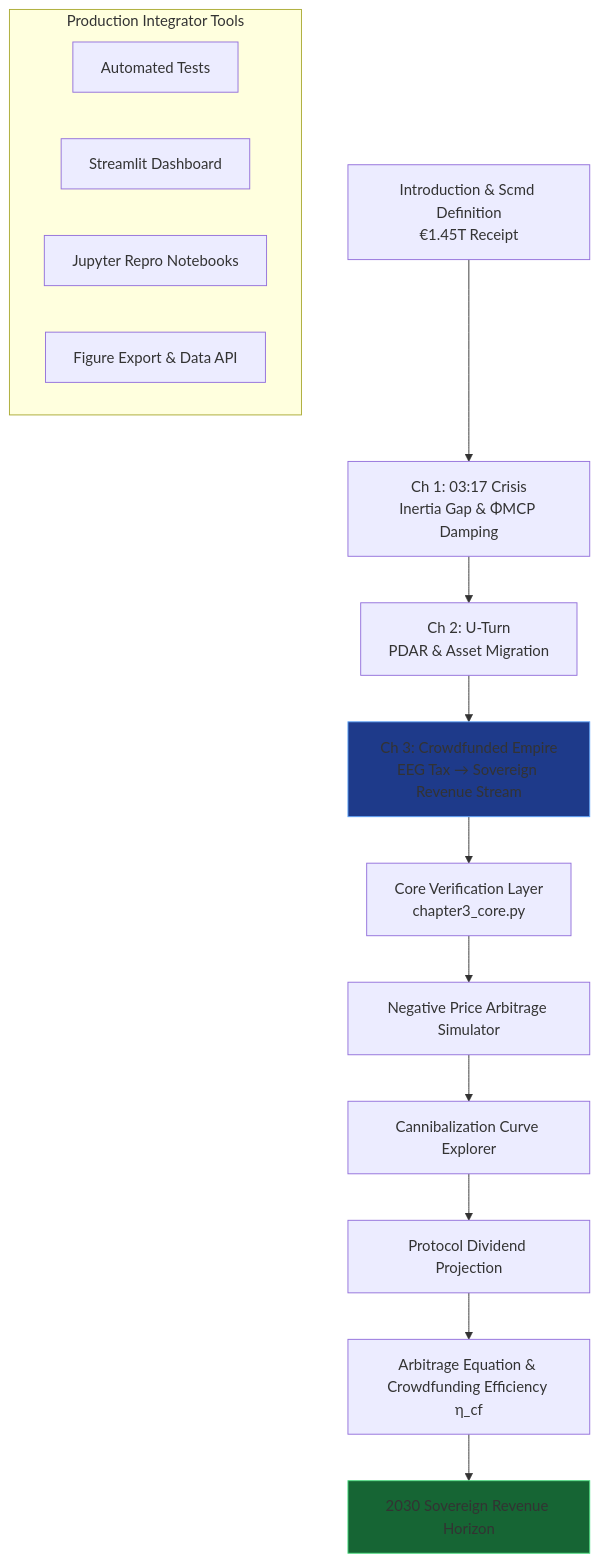
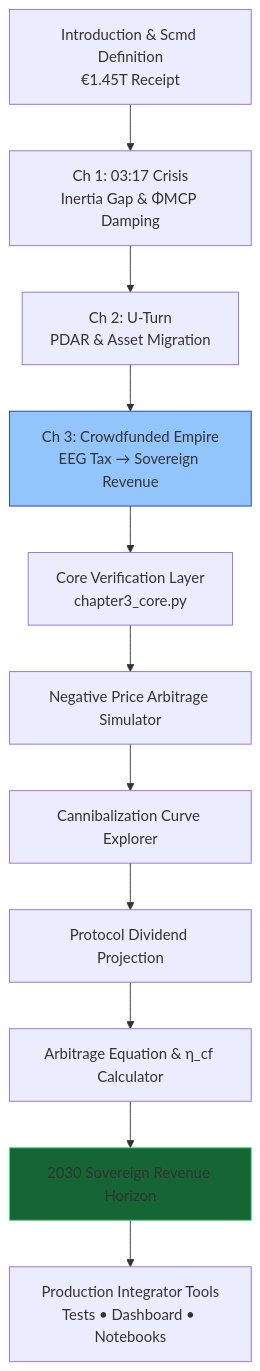
Before and after one commit to iceccarelli/Renewables_Migration_Chapter3_Proof_Engine: the third of 3 diagrams in README.md, drawn with Mermaid. The commit also changed other lines of this file, not shown here.

````diff
--- a/README.md
+++ b/README.md
@@ -33,24 +70,15 @@
 ```mermaid
 graph TD
-    A[Introduction & Scmd Definition<br/>€1.45T Receipt] 
-    --> B[Ch 1: 03:17 Crisis<br/>Inertia Gap & ΦMCP Damping]
+    A[Introduction & Scmd Definition<br/>€1.45T Receipt] --> B[Ch 1: 03:17 Crisis<br/>Inertia Gap & ΦMCP Damping]
     B --> C[Ch 2: U-Turn<br/>PDAR & Asset Migration]
-    C --> D[Ch 3: Crowdfunded Empire<br/>EEG Tax → Sovereign Revenue Stream]
-    
+    C --> D[Ch 3: Crowdfunded Empire<br/>EEG Tax → Sovereign Revenue]
     D --> E[Core Verification Layer<br/>chapter3_core.py]
     E --> F[Negative Price Arbitrage Simulator]
     F --> G[Cannibalization Curve Explorer]
     G --> H[Protocol Dividend Projection]
-    H --> I[Arbitrage Equation & Crowdfunding Efficiency η_cf]
+    H --> I[Arbitrage Equation & η_cf Calculator]
     I --> J[2030 Sovereign Revenue Horizon]
-    
-    subgraph Production Integrator Tools
-        K[Automated Tests]
-        L[Streamlit Dashboard]
-        M[Jupyter Repro Notebooks]
-        N[Figure Export & Data API]
-    end
-    
-    style D fill:#1e3a8a,stroke:#60a5fa
+    J --> K[Production Integrator Tools<br/>Tests • Dashboard • Notebooks]
+    style D fill:#93c5fd,stroke:#1e40af
     style J fill:#166534,stroke:#4ade80
 ```
````
